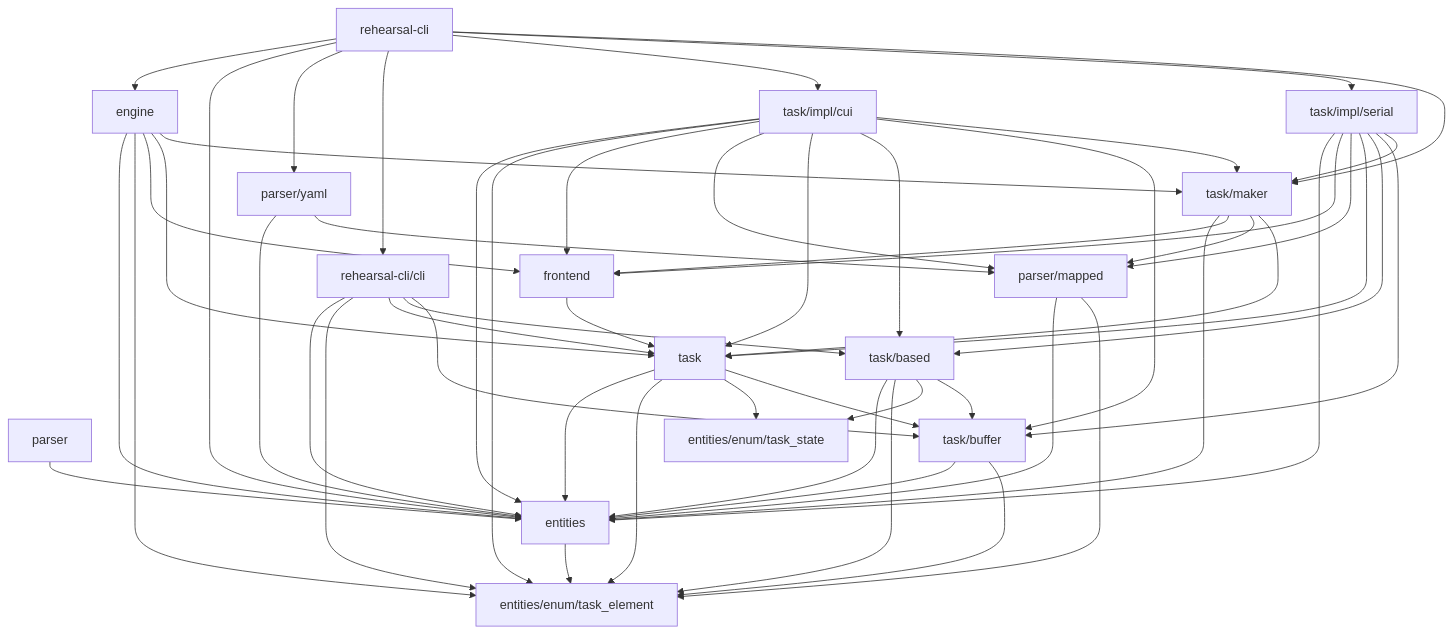
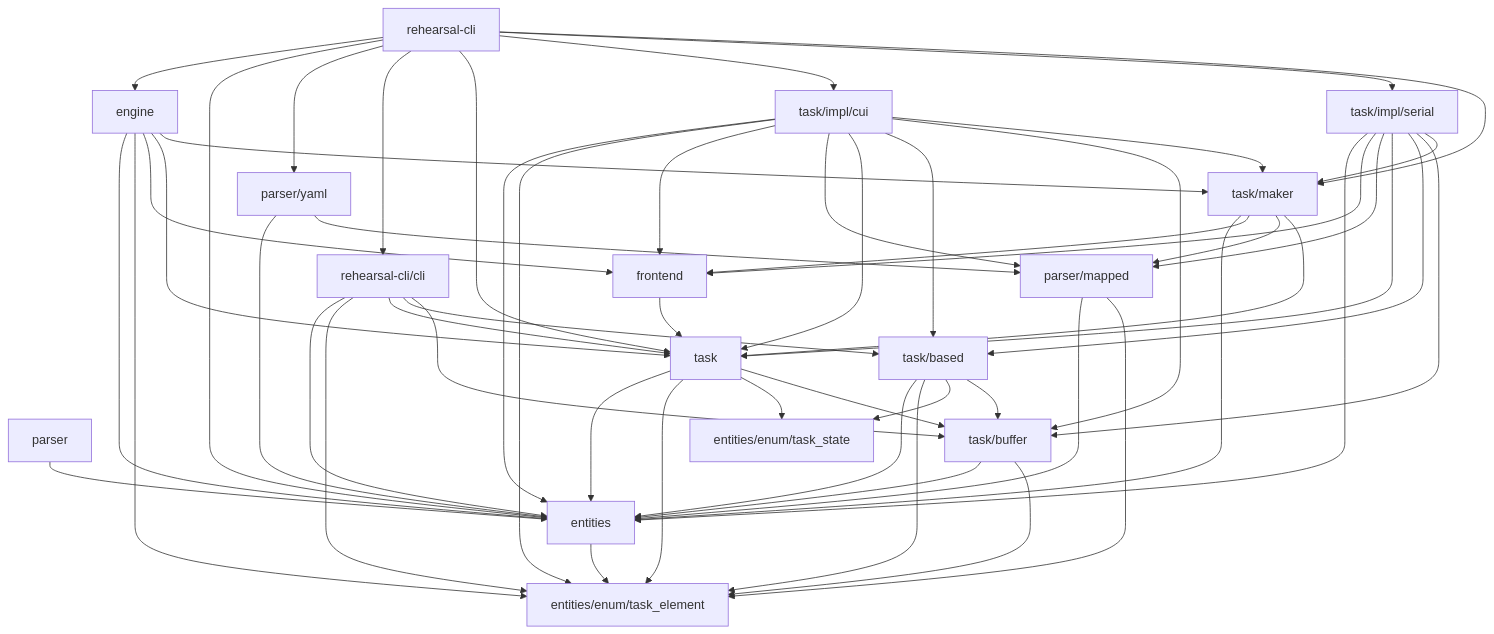
Before and after one commit to rehearsal-open/rehearsal: the diagram in readme.md, drawn with Mermaid.

Commit message:
依存関係を更新

````diff
--- a/readme.md
+++ b/readme.md
@@ -55,58 +55,59 @@
 ```mermaid
 graph TD
 
 engine --> entities
 engine --> entities/enum/task_element
 engine --> frontend
 engine --> task
 engine --> task/maker
 entities --> entities/enum/task_element
 frontend --> task
 parser/mapped --> entities
 parser/mapped --> entities/enum/task_element
 parser/yaml --> entities
 parser/yaml --> parser/mapped
 parser --> entities
 rehearsal-cli/cli --> entities
 rehearsal-cli/cli --> entities/enum/task_element
 rehearsal-cli/cli --> task
 rehearsal-cli/cli --> task/based
 rehearsal-cli/cli --> task/buffer
 rehearsal-cli --> engine
 rehearsal-cli --> entities
 rehearsal-cli --> parser/yaml
 rehearsal-cli --> rehearsal-cli/cli
+rehearsal-cli --> task
 rehearsal-cli --> task/impl/cui
 rehearsal-cli --> task/impl/serial
 rehearsal-cli --> task/maker
 task/based --> entities
 task/based --> entities/enum/task_element
 task/based --> entities/enum/task_state
 task/based --> task/buffer
 task/buffer --> entities
 task/buffer --> entities/enum/task_element
 task/impl/cui --> entities
 task/impl/cui --> entities/enum/task_element
 task/impl/cui --> frontend
 task/impl/cui --> parser/mapped
 task/impl/cui --> task
 task/impl/cui --> task/based
 task/impl/cui --> task/buffer
 task/impl/cui --> task/maker
 task/impl/serial --> entities
 task/impl/serial --> frontend
 task/impl/serial --> parser/mapped
 task/impl/serial --> task
 task/impl/serial --> task/based
 task/impl/serial --> task/buffer
 task/impl/serial --> task/maker
 task/maker --> entities
 task/maker --> frontend
 task/maker --> parser/mapped
 task/maker --> task
 task --> entities
 task --> entities/enum/task_element
 task --> entities/enum/task_state
 task --> task/buffer
 
 ```
````
